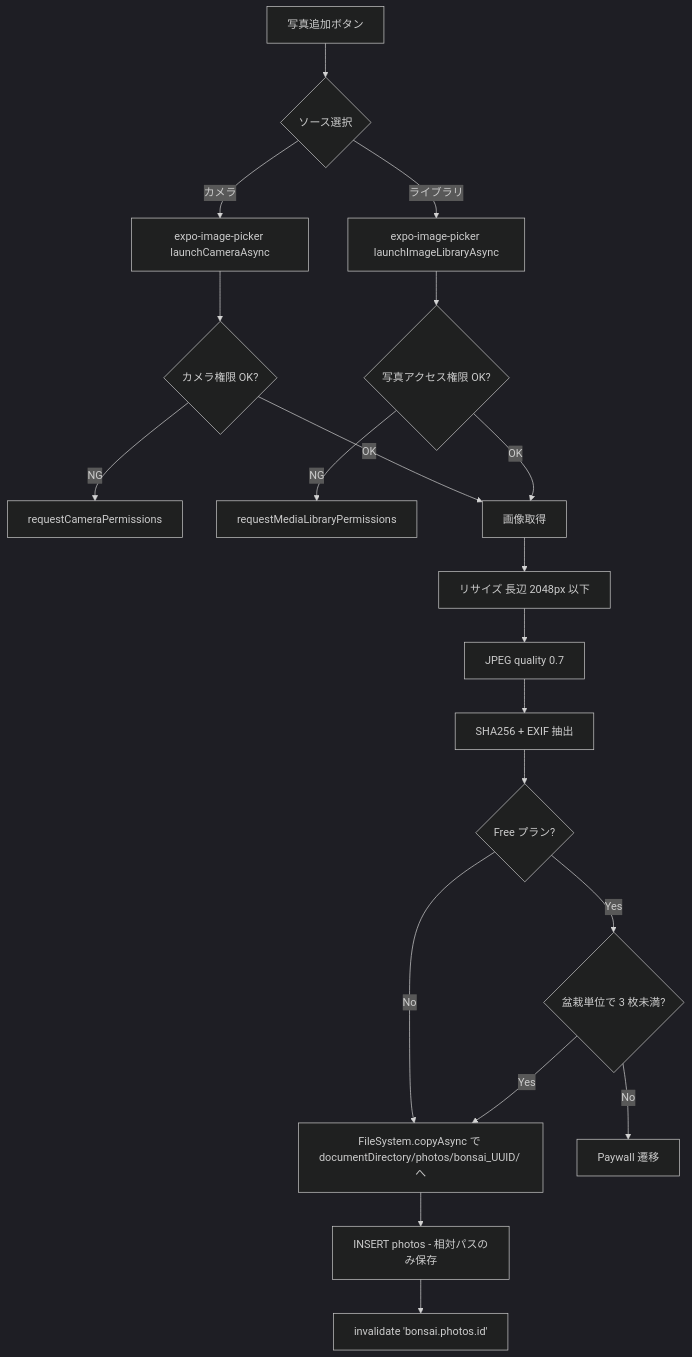
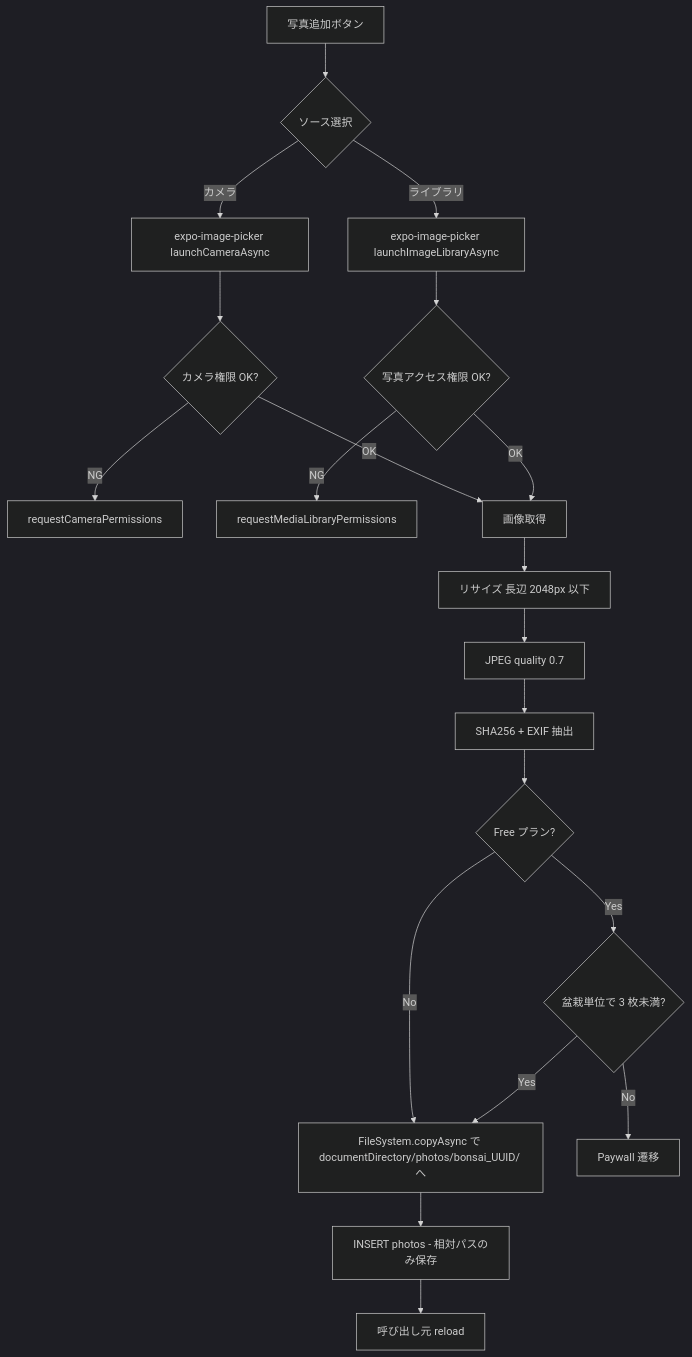
Before and after one commit to doooooraku/BonsaiLog: the fifth of 14 diagrams in docs/reference/functional_spec.md, drawn with Mermaid (dark theme). The commit also changed other lines of this file and 2 other files, not shown here.

````diff
--- a/docs/reference/functional_spec.md
+++ b/docs/reference/functional_spec.md
@@ -854,23 +667,23 @@
 ```mermaid
 flowchart TD
   Add[写真追加ボタン] --> Source{ソース選択}
   Source -->|カメラ| Camera[expo-image-picker launchCameraAsync]
   Source -->|ライブラリ| Library[expo-image-picker launchImageLibraryAsync]
   Camera --> Permission{カメラ権限 OK?}
   Library --> PermissionL{写真アクセス権限 OK?}
   Permission -- NG --> RequestCam[requestCameraPermissions]
   PermissionL -- NG --> RequestLib[requestMediaLibraryPermissions]
   Permission -- OK --> Picked
   PermissionL -- OK --> Picked
   Picked[画像取得] --> Resize[リサイズ 長辺 2048px 以下]
   Resize --> Compress[JPEG quality 0.7]
   Compress --> HashAndEXIF[SHA256 + EXIF 抽出]
   HashAndEXIF --> FreeCheck{Free プラン?}
   FreeCheck -- Yes --> LimitCheck{盆栽単位で 3 枚未満?}
   FreeCheck -- No --> Copy
   LimitCheck -- No --> Paywall[Paywall 遷移]
   LimitCheck -- Yes --> Copy
   Copy[FileSystem.copyAsync で documentDirectory/photos/bonsai_UUID/ へ]
   Copy --> InsertDB[INSERT photos - 相対パスのみ保存]
-  InsertDB --> InvalidateCache[invalidate 'bonsai.photos.id']
+  InsertDB --> Reload[呼び出し元 reload]
 ```
````
